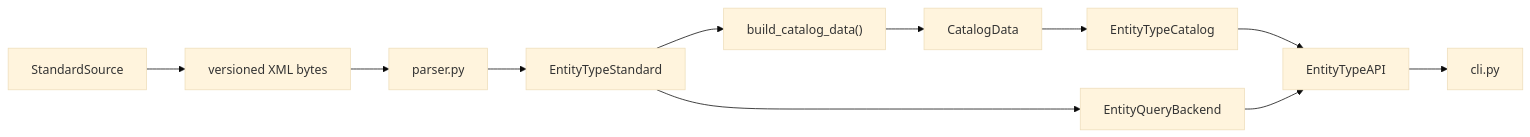
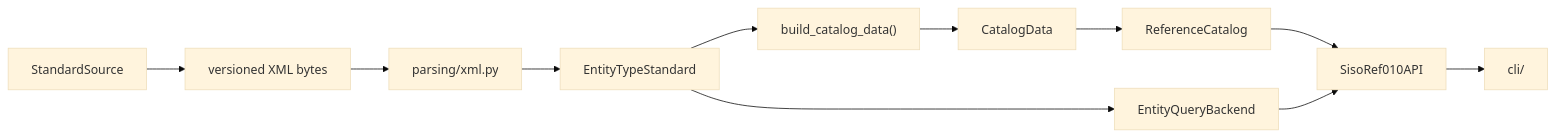
The diagram in docs/architecture.md (sheepfling/siso-ref010), drawn with Mermaid (base theme) before and after one commit. The commit also changed other lines of this file and 62 other files, not shown here.

````diff
--- a/docs/architecture.md
+++ b/docs/architecture.md
@@ -5,13 +5,13 @@
 ```mermaid
 flowchart LR
     Source["StandardSource"] --> XML["versioned XML bytes"]
-    XML --> Parser["parser.py"]
+    XML --> Parser["parsing/xml.py"]
     Parser --> Standard["EntityTypeStandard"]
     Standard --> Projection["build_catalog_data()"]
     Projection --> Data["CatalogData"]
-    Data --> Catalog["EntityTypeCatalog"]
-    Catalog --> API["EntityTypeAPI"]
+    Data --> Catalog["ReferenceCatalog"]
+    Catalog --> API["SisoRef010API"]
     Standard --> QueryBackend["EntityQueryBackend"]
     QueryBackend --> API
-    API --> CLI["cli.py"]
+    API --> CLI["cli/"]
 ```
````
